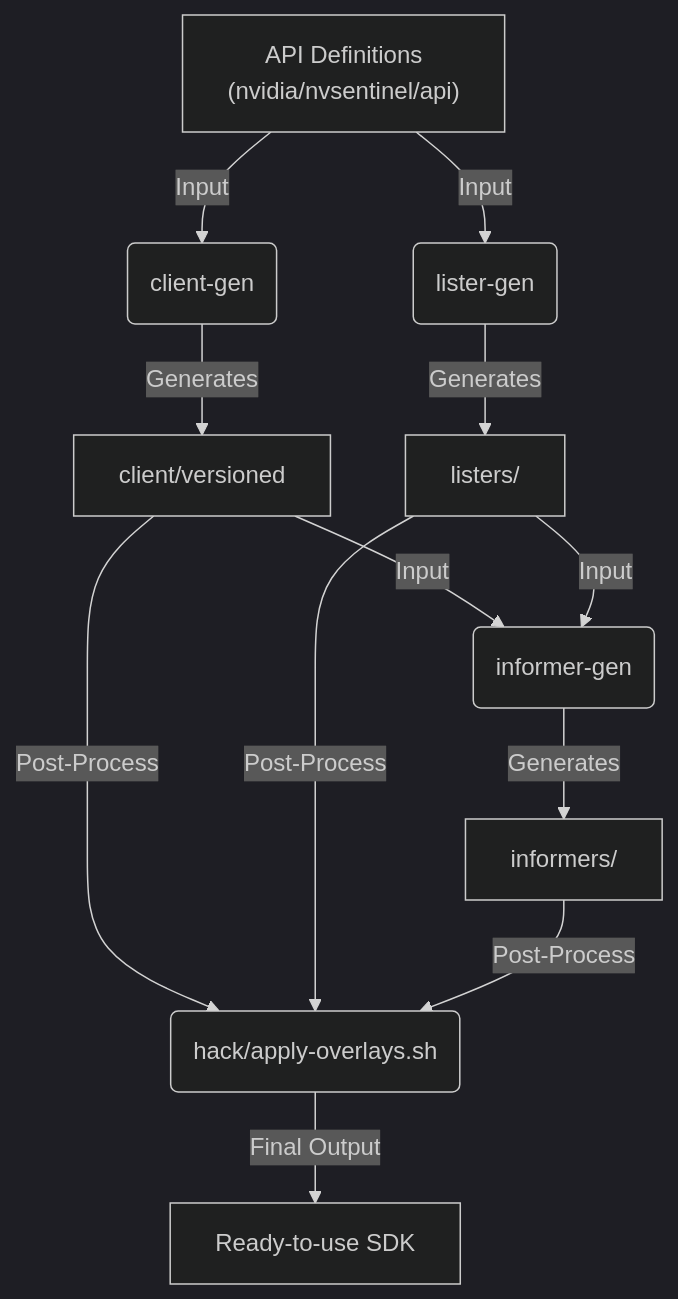
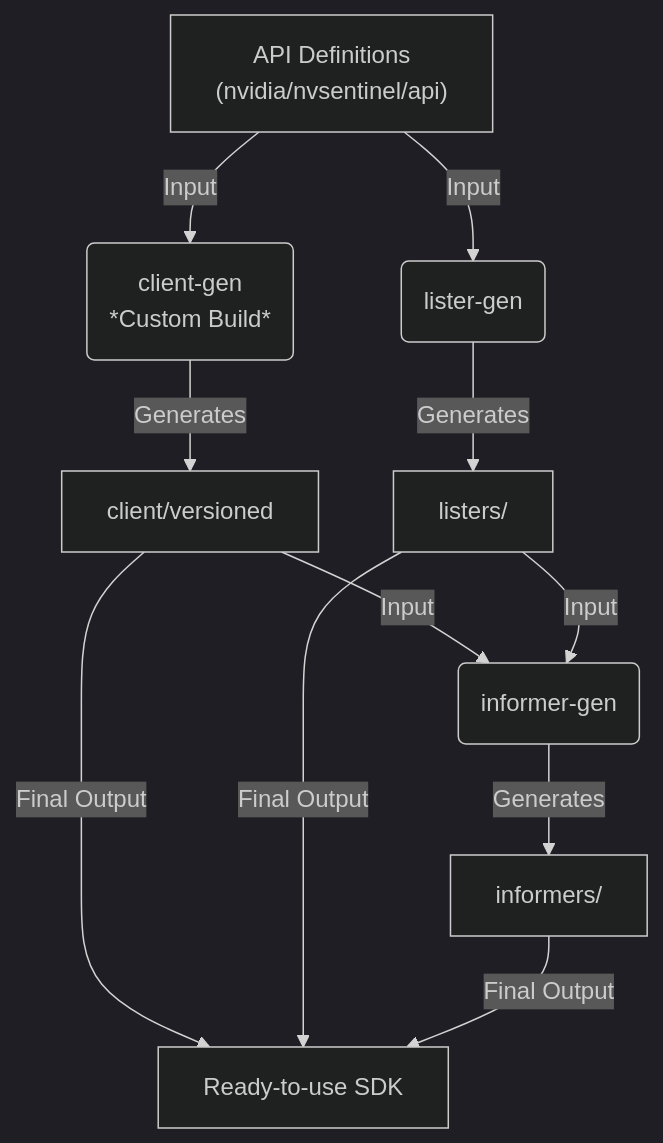
One commit to pteranodan/NVSentinel changed the diagram in client-go/DEVELOPMENT.md. Above: the diagram before and after it, drawn with Mermaid (dark theme). The commit also changed other lines of this file and 58 other files, not shown here.

````diff
--- a/client-go/DEVELOPMENT.md
+++ b/client-go/DEVELOPMENT.md
@@ -51,14 +52,13 @@
 ```mermaid
 graph TD
-    API["API Definitions<br/>(nvidia/nvsentinel/api)"] -->|Input| CG(client-gen)
+    API["API Definitions<br/>(nvidia/nvsentinel/api)"] -->|Input| CG(client-gen<br/>*Custom Build*)
     API -->|Input| LG(lister-gen)
 
     CG -->|Generates| CLIENT[client/versioned]
     LG -->|Generates| LISTERS[listers/]
 
     CLIENT & LISTERS -->|Input| IG(informer-gen)
     IG -->|Generates| INFORMERS[informers/]
 
-    CLIENT & LISTERS & INFORMERS -->|Post-Process| OVERLAYS(hack/apply-overlays.sh)
-    OVERLAYS -->|Final Output| SDK[Ready-to-use SDK]
+    CLIENT & LISTERS & INFORMERS -->|Final Output| SDK[Ready-to-use SDK]
 ```
````
